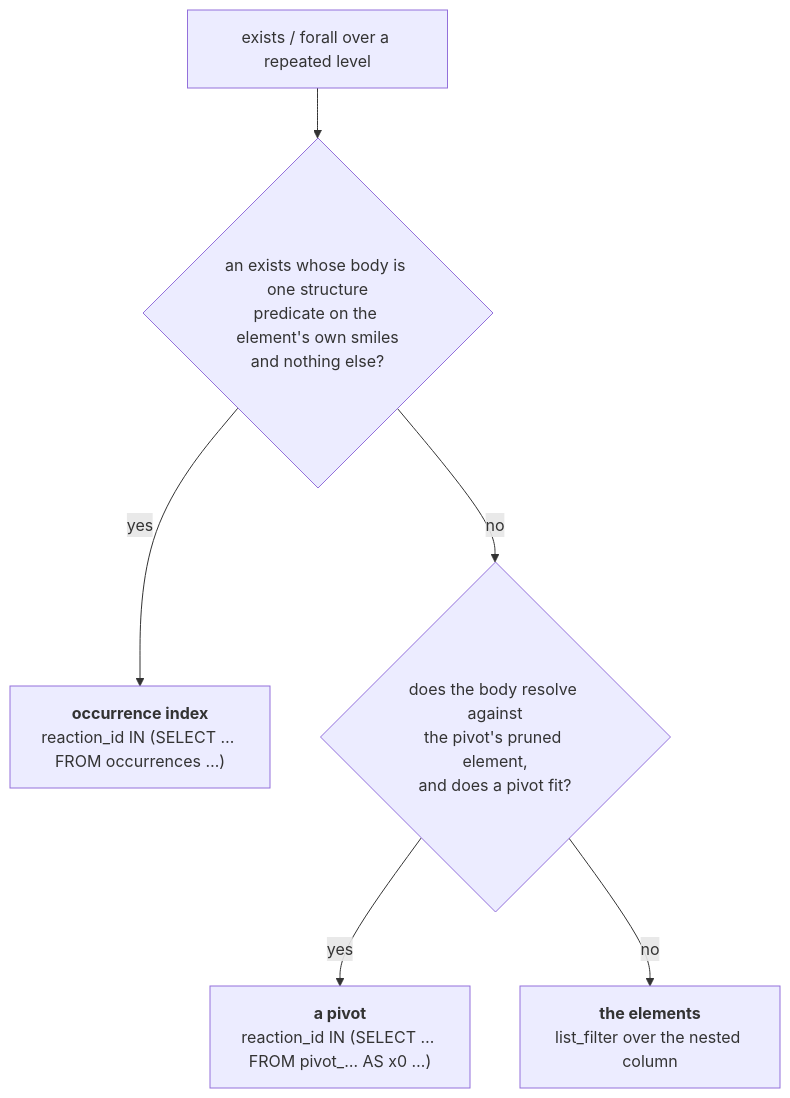
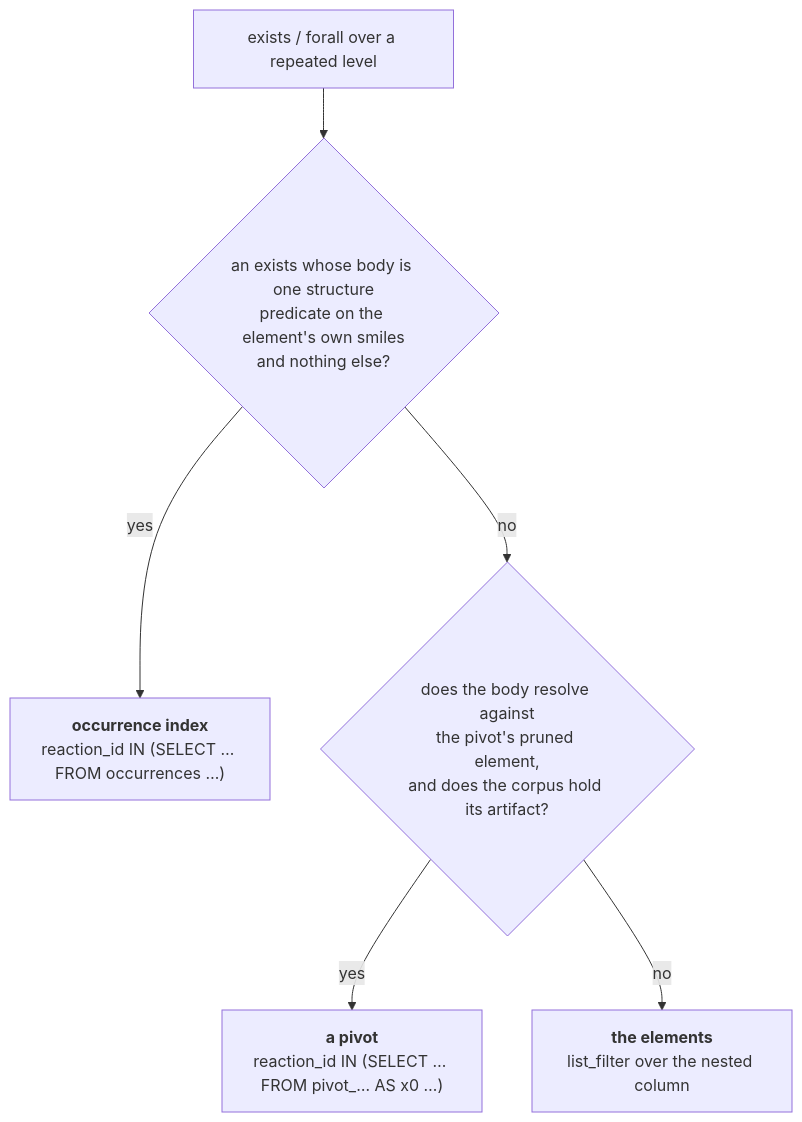
One commit to open-reaction-database/ord-schema changed the second of 2 diagrams in ord_schema/search/README.md. Above: the diagram before and after it, drawn with Mermaid. The commit also changed other lines of this file and 8 other files, not shown here.

First line of the commit message:
Retire the corpus's in-process pivot and index builds (#1144)

````diff
--- a/ord_schema/search/README.md
+++ b/ord_schema/search/README.md
@@ -224,8 +224,8 @@
 ```mermaid
 flowchart TB
     A["exists / forall over a repeated level"] --> B{"an exists whose body is one structure<br/>predicate on the element's own smiles<br/>and nothing else?"}
     B -- yes --> I["<b>occurrence index</b><br/>reaction_id IN (SELECT … FROM occurrences …)"]
-    B -- no --> P{"does the body resolve against<br/>the pivot's pruned element,<br/>and does a pivot fit?"}
+    B -- no --> P{"does the body resolve against<br/>the pivot's pruned element,<br/>and does the corpus hold its artifact?"}
     P -- yes --> V["<b>a pivot</b><br/>reaction_id IN (SELECT … FROM pivot_… AS x0 …)"]
     P -- no --> E["<b>the elements</b><br/>list_filter over the nested column"]
 ```
````
